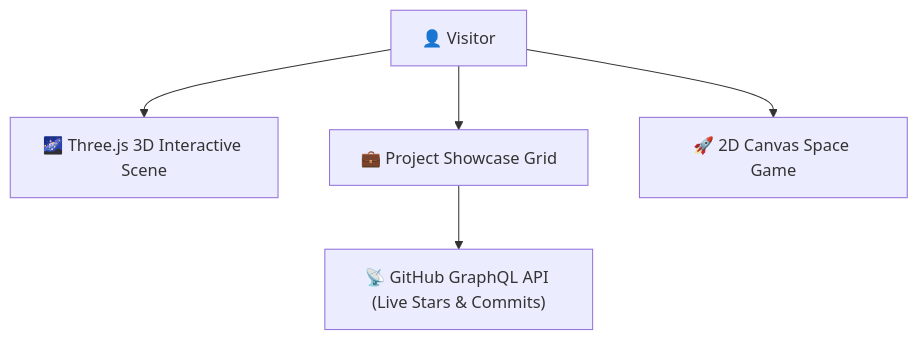
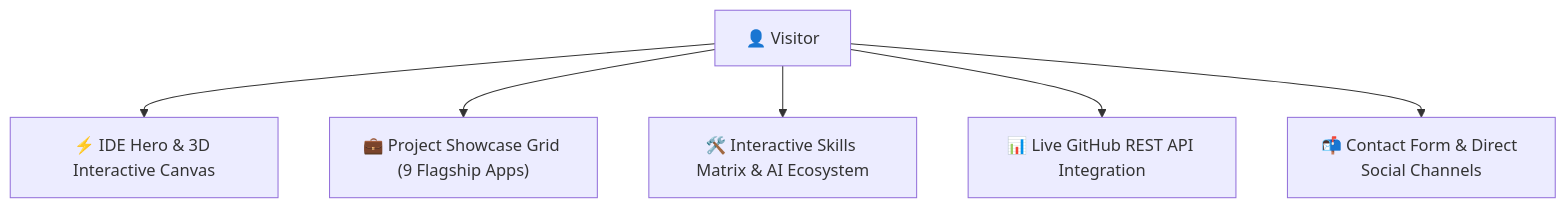
One commit to SriniwasAwasthi/sriniwas-awasthi-portfolio changed the diagram in README.md. Above: the diagram before and after it, drawn with Mermaid. The commit also changed other lines of this file, not shown here.

````diff
--- a/README.md
+++ b/README.md
@@ -37,7 +77,8 @@
 ```mermaid
 graph TD
-    Visitor["👤 Visitor"] --> Three["🌌 Three.js 3D Interactive Scene"]
-    Visitor --> Hub["💼 Project Showcase Grid"]
-    Hub --> GitHubAPI["📡 GitHub GraphQL API (Live Stars & Commits)"]
-    Visitor --> MiniGame["🚀 2D Canvas Space Game"]
+    Visitor["👤 Visitor"] --> Hero["⚡ IDE Hero & 3D Interactive Canvas"]
+    Visitor --> Hub["💼 Project Showcase Grid (9 Flagship Apps)"]
+    Visitor --> Skills["🛠️ Interactive Skills Matrix & AI Ecosystem"]
+    Visitor --> Metrics["📊 Live GitHub REST API Integration"]
+    Visitor --> Contact["📬 Contact Form & Direct Social Channels"]
 ```
````
